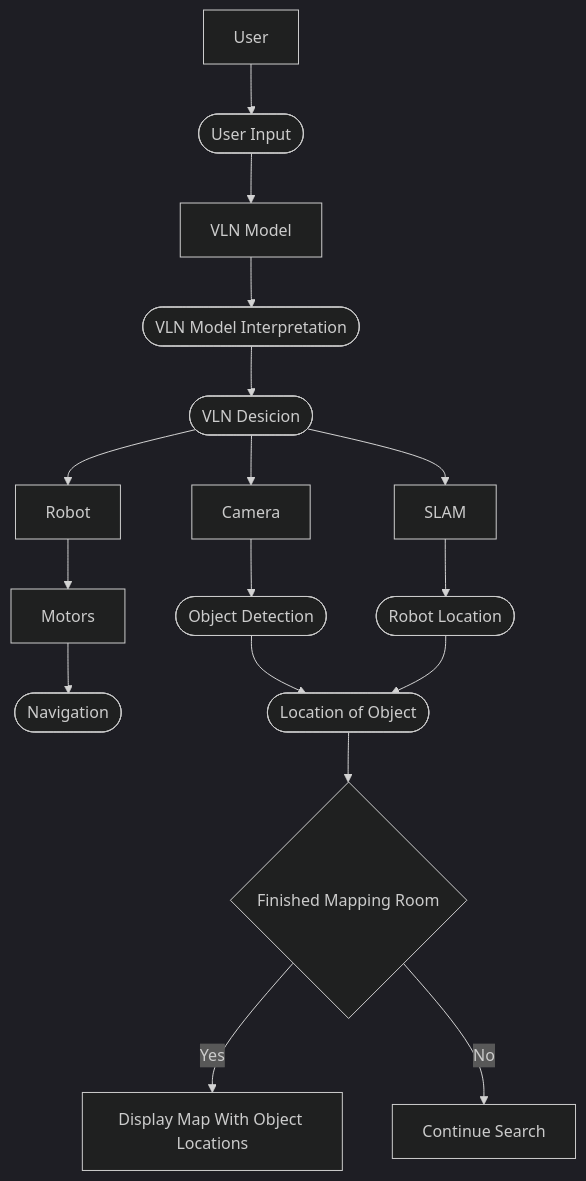
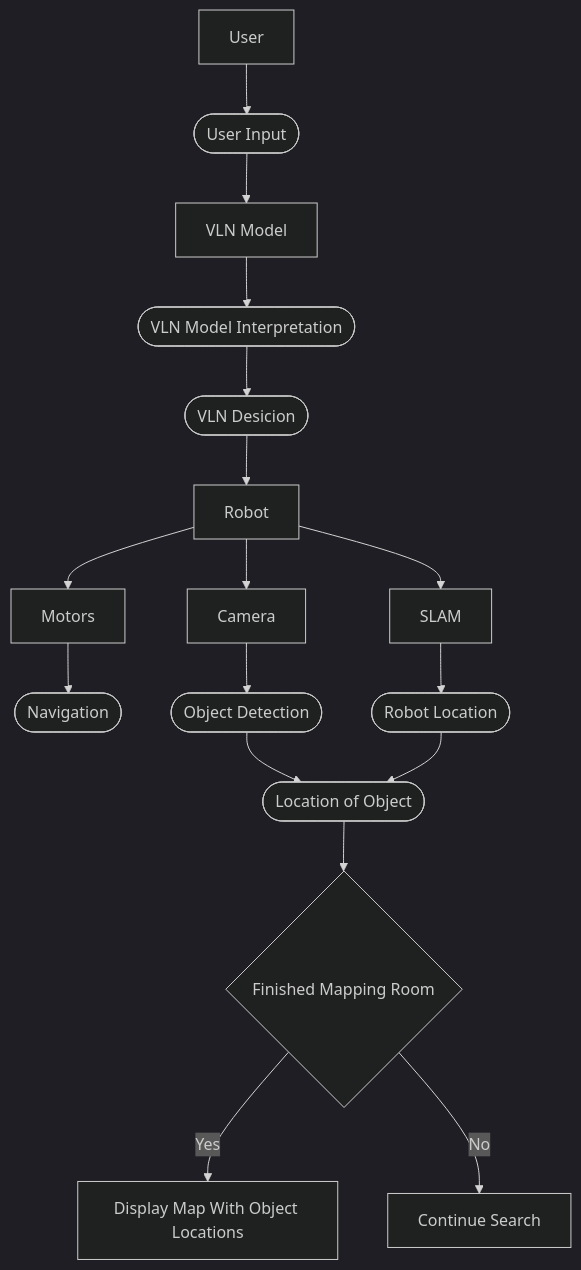
Before and after one commit to AkshayaJeyaprakash/Project_ATOM_RAS598: the diagram in project/report1.md, drawn with Mermaid (dark theme).

Commit message:
Mermaid model fix

````diff
--- a/project/report1.md
+++ b/project/report1.md
@@ -60,20 +60,20 @@
 ```mermaid
 flowchart TD;
     A["User"];
     A --> B(["User Input"]);
     B --> C["VLN Model"]
     C --> D(["VLN Model Interpretation"]);
     D --> E(["VLN Desicion"]);
     E --> F["Robot"];
     F --> G["Motors"];
     G --> H(["Navigation"]);
-    E --> I["Camera"];
-    E --> J["SLAM"];
+    F --> I["Camera"];
+    F --> J["SLAM"];
     J --> M(["Robot Location"]);
     I --> K(["Object Detection"]);
     K --> Q(["Location of Object"]);
     M --> Q;
     Q --> N{"Finished Mapping Room"};
     N -->|Yes| O["Display Map With Object Locations"]
     N -->|No| P["Continue Search"]
 ```
````
